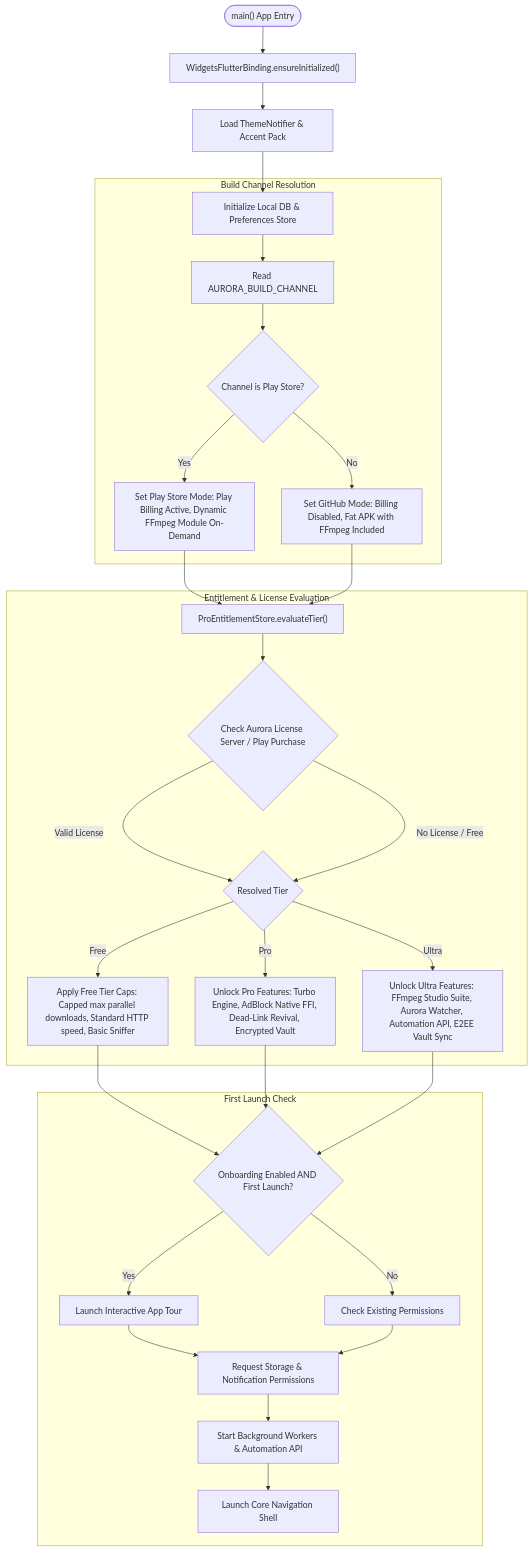
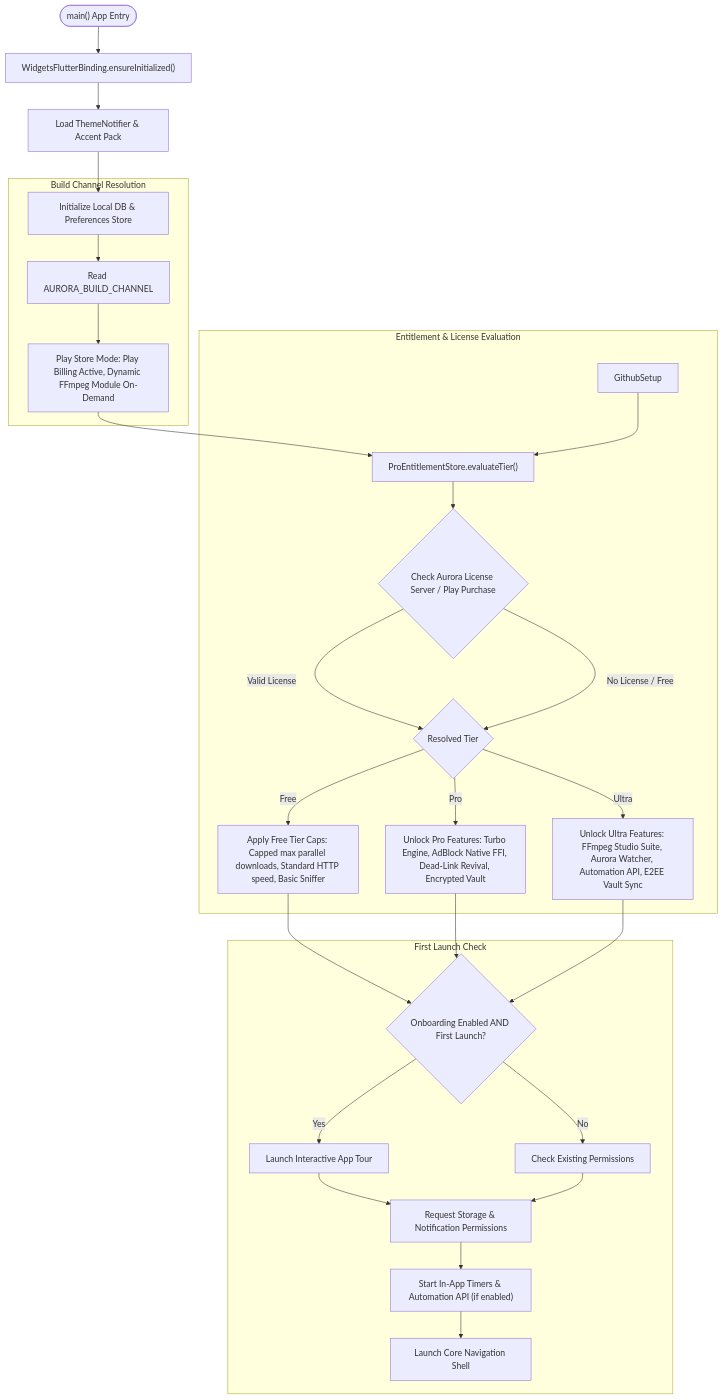
One commit to 52191314/mobile-downloader-browser changed the second of 3 diagrams in README.md. Above: the diagram before and after it, drawn with Mermaid. The commit also changed other lines of this file, not shown here.

Commit message:
docs: clean README — drop community/contribution sections, Play-only channel accuracy

````diff
--- a/README.md
+++ b/README.md
@@ -97,38 +99,36 @@
 ```mermaid
 flowchart TD
     Start(["main() App Entry"]) --> InitFlutter["WidgetsFlutterBinding.ensureInitialized()"]
     InitFlutter --> LoadTheme["Load ThemeNotifier & Accent Pack"]
     LoadTheme --> InitDB["Initialize Local DB & Preferences Store"]
 
     subgraph ChannelResolution ["Build Channel Resolution"]
         InitDB --> ReadChannel["Read AURORA_BUILD_CHANNEL"]
-        ReadChannel --> IsPlay{"Channel is Play Store?"}
-        IsPlay -- Yes --> PlaySetup["Set Play Store Mode: Play Billing Active, Dynamic FFmpeg Module On-Demand"]
-        IsPlay -- No --> GithubSetup["Set GitHub Mode: Billing Disabled, Fat APK with FFmpeg Included"]
+        ReadChannel --> PlaySetup["Play Store Mode: Play Billing Active, Dynamic FFmpeg Module On-Demand"]
     end
 
     subgraph LicenseCheck ["Entitlement & License Evaluation"]
         PlaySetup --> EvalTier["ProEntitlementStore.evaluateTier()"]
         GithubSetup --> EvalTier
         EvalTier --> LicenseServerCheck{"Check Aurora License Server / Play Purchase"}
         LicenseServerCheck -- Valid License --> TierResult{"Resolved Tier"}
         LicenseServerCheck -- No License / Free --> TierResult
 
         TierResult -- Free --> FreeLimits["Apply Free Tier Caps: Capped max parallel downloads, Standard HTTP speed, Basic Sniffer"]
         TierResult -- Pro --> ProUnlocks["Unlock Pro Features: Turbo Engine, AdBlock Native FFI, Dead-Link Revival, Encrypted Vault"]
         TierResult -- Ultra --> UltraUnlocks["Unlock Ultra Features: FFmpeg Studio Suite, Aurora Watcher, Automation API, E2EE Vault Sync"]
     end
 
     subgraph OnboardingFlow ["First Launch Check"]
         FreeLimits --> CheckFirstLaunch{"Onboarding Enabled AND First Launch?"}
         ProUnlocks --> CheckFirstLaunch
         UltraUnlocks --> CheckFirstLaunch
 
         CheckFirstLaunch -- Yes --> TourPage["Launch Interactive App Tour"]
         TourPage --> RequestPermissions["Request Storage & Notification Permissions"]
         CheckFirstLaunch -- No --> CheckPerms["Check Existing Permissions"]
         CheckPerms --> RequestPermissions
-        RequestPermissions --> StartServices["Start Background Workers & Automation API"]
+        RequestPermissions --> StartServices["Start In-App Timers & Automation API (if enabled)"]
         StartServices --> LaunchShell["Launch Core Navigation Shell"]
     end
 ```
````
